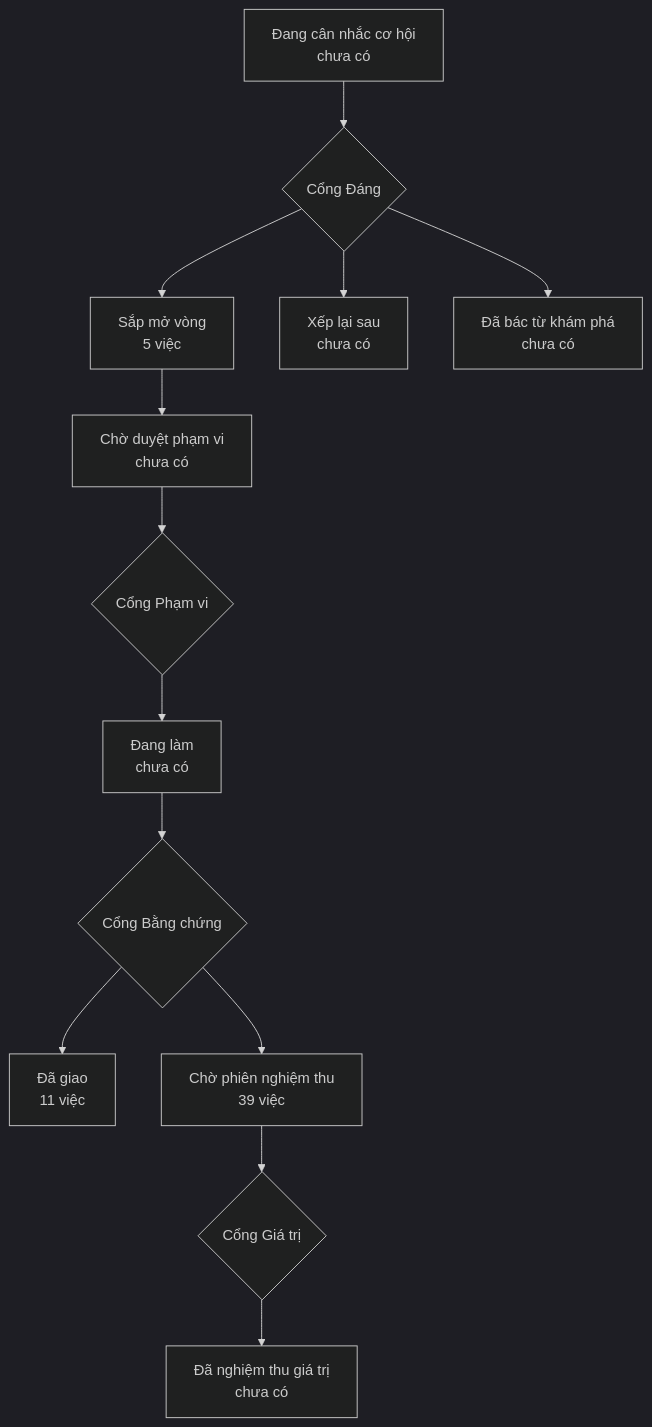
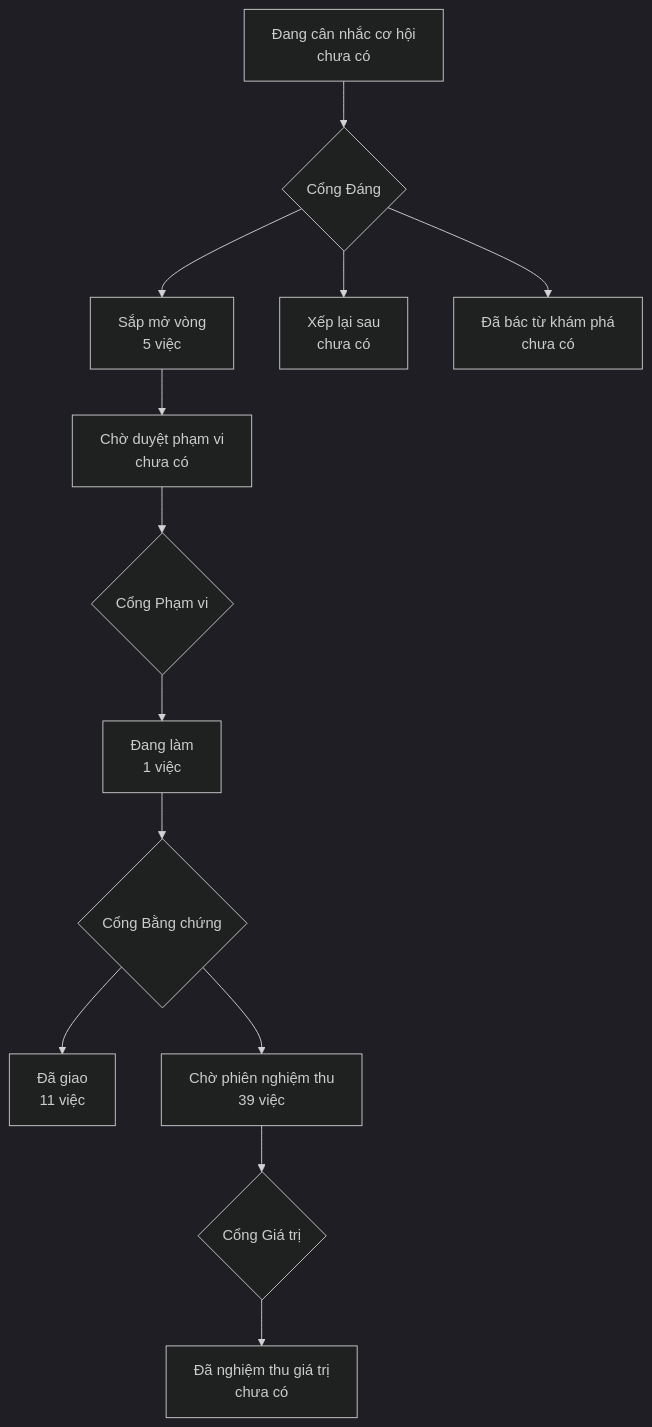
The diagram in PRODUCT-MAP.md (phanlemanh/onehub-quy-hang), drawn with Mermaid (dark theme) before and after one commit. The commit also changed other lines of this file and 12 other files, not shown here.

````diff
--- a/PRODUCT-MAP.md
+++ b/PRODUCT-MAP.md
@@ -7,12 +7,12 @@
 ```mermaid
 flowchart TD
   A["Đang cân nhắc cơ hội<br/>chưa có"] --> GD{"Cổng Đáng"}
   GD --> B["Sắp mở vòng<br/>5 việc"]
   GD --> XL["Xếp lại sau<br/>chưa có"]
   GD --> DB["Đã bác từ khám phá<br/>chưa có"]
   B --> CD["Chờ duyệt phạm vi<br/>chưa có"] --> GP{"Cổng Phạm vi"}
-  GP --> DL["Đang làm<br/>chưa có"] --> GB{"Cổng Bằng chứng"}
+  GP --> DL["Đang làm<br/>1 việc"] --> GB{"Cổng Bằng chứng"}
   GB --> DG["Đã giao<br/>11 việc"]
   GB --> CN["Chờ phiên nghiệm thu<br/>39 việc"] --> GG{"Cổng Giá trị"}
   GG --> NT["Đã nghiệm thu giá trị<br/>chưa có"]
 ```
````
